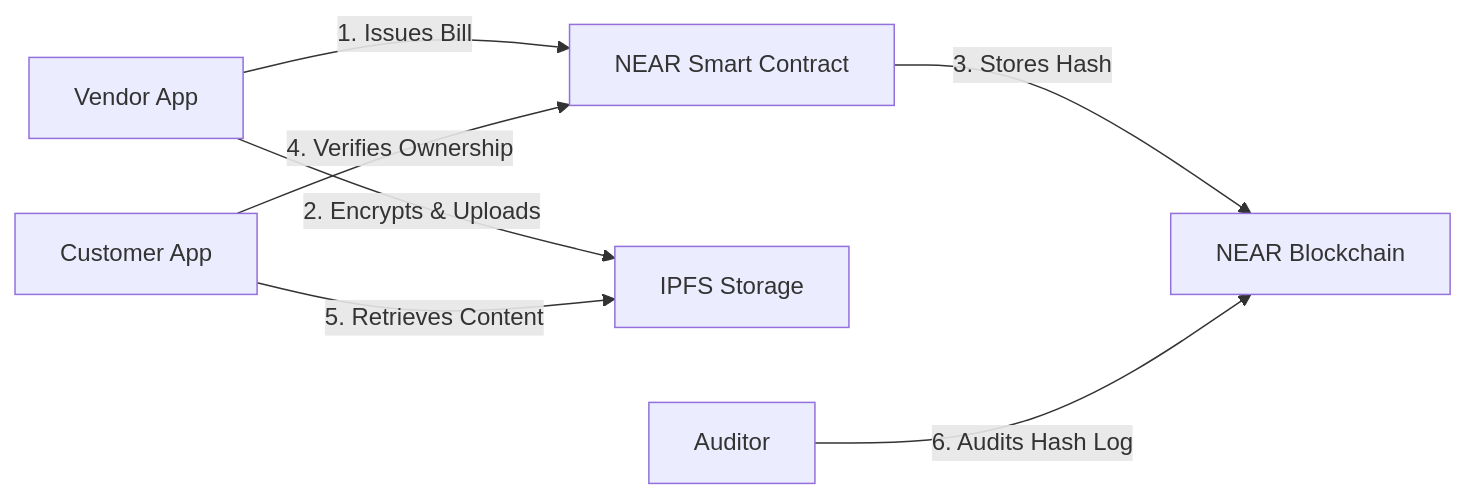
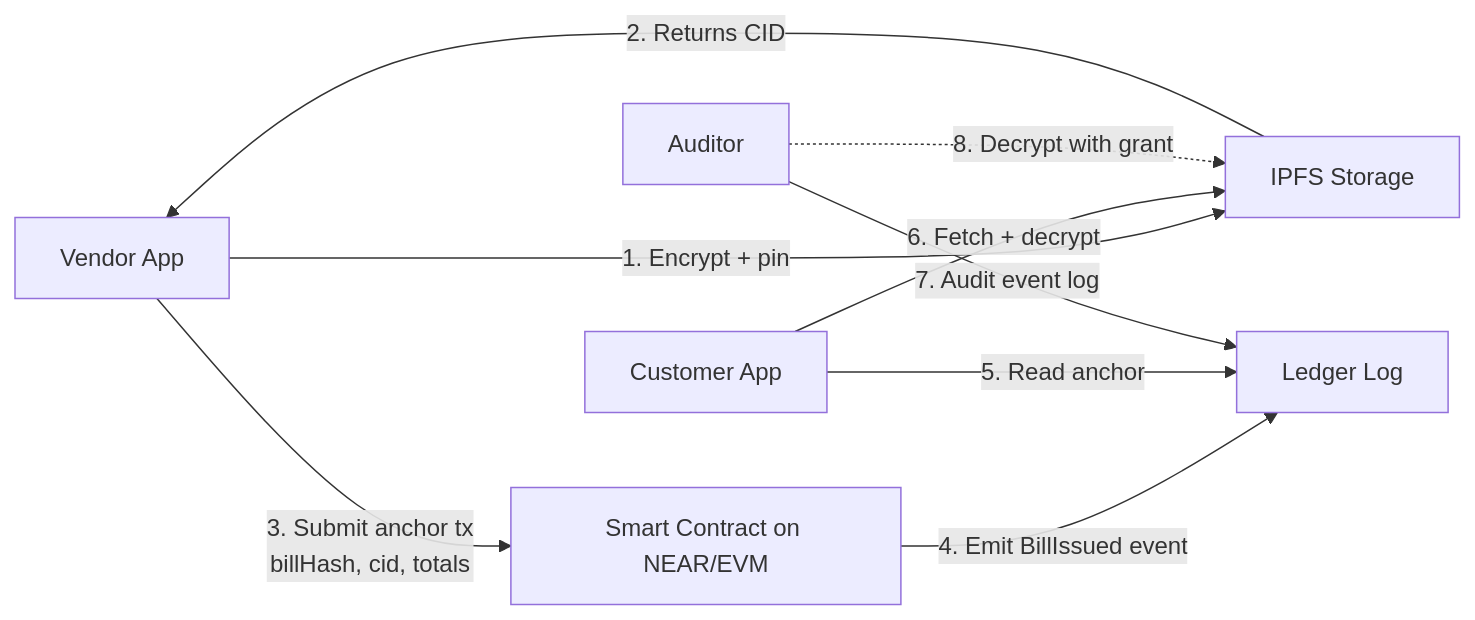
One commit to andreibesleaga/awesome-blockchain-greentech changed the diagram in Innovative Projects/Paperless Billing/README.md. Above: the diagram before and after it, drawn with Mermaid. The commit also changed other lines of this file and 31 other files, not shown here.

````diff
--- a/Innovative Projects/Paperless Billing/README.md
+++ b/Innovative Projects/Paperless Billing/README.md
@@ -25,10 +25,11 @@
 ```mermaid
 graph LR
-    Vendor[Vendor App] -->|1. Issues Bill| SC[NEAR Smart Contract]
-    Vendor -->|2. Encrypts & Uploads| IPFS[IPFS Storage]
-    SC -->|3. Stores Hash| Ledger[NEAR Blockchain]
-    Customer[Customer App] -->|4. Verifies Ownership| SC
-    Customer -->|5. Retrieves Content| IPFS
-    Regulator[Auditor] -->|6. Audits Hash Log| Ledger
-
+    Vendor[Vendor App] -->|1. Encrypt + pin| IPFS[IPFS Storage]
+    IPFS -->|2. Returns CID| Vendor
+    Vendor -->|3. Submit anchor tx<br/>billHash, cid, totals| SC[Smart Contract on NEAR/EVM]
+    SC -->|4. Emit BillIssued event| Ledger[Ledger Log]
+    Customer[Customer App] -->|5. Read anchor| Ledger
+    Customer -->|6. Fetch + decrypt| IPFS
+    Regulator[Auditor] -->|7. Audit event log| Ledger
+    Regulator -.->|8. Decrypt with grant| IPFS
 ```
````
